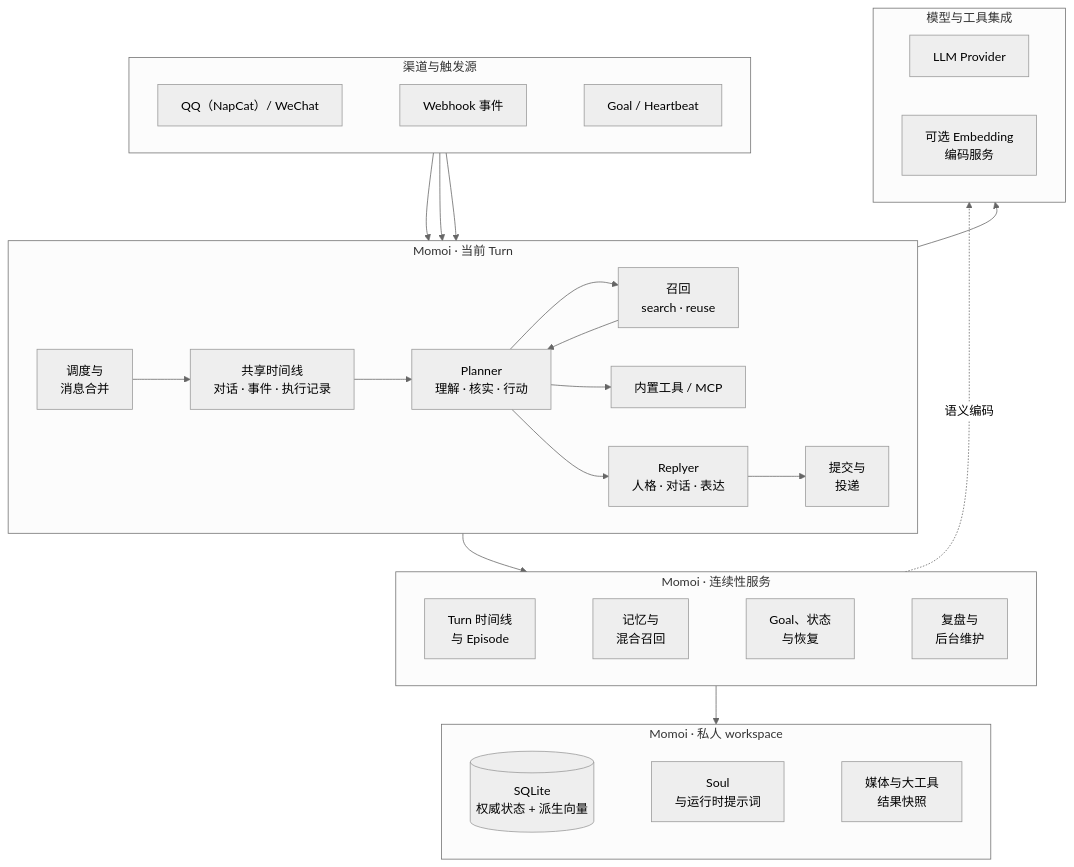
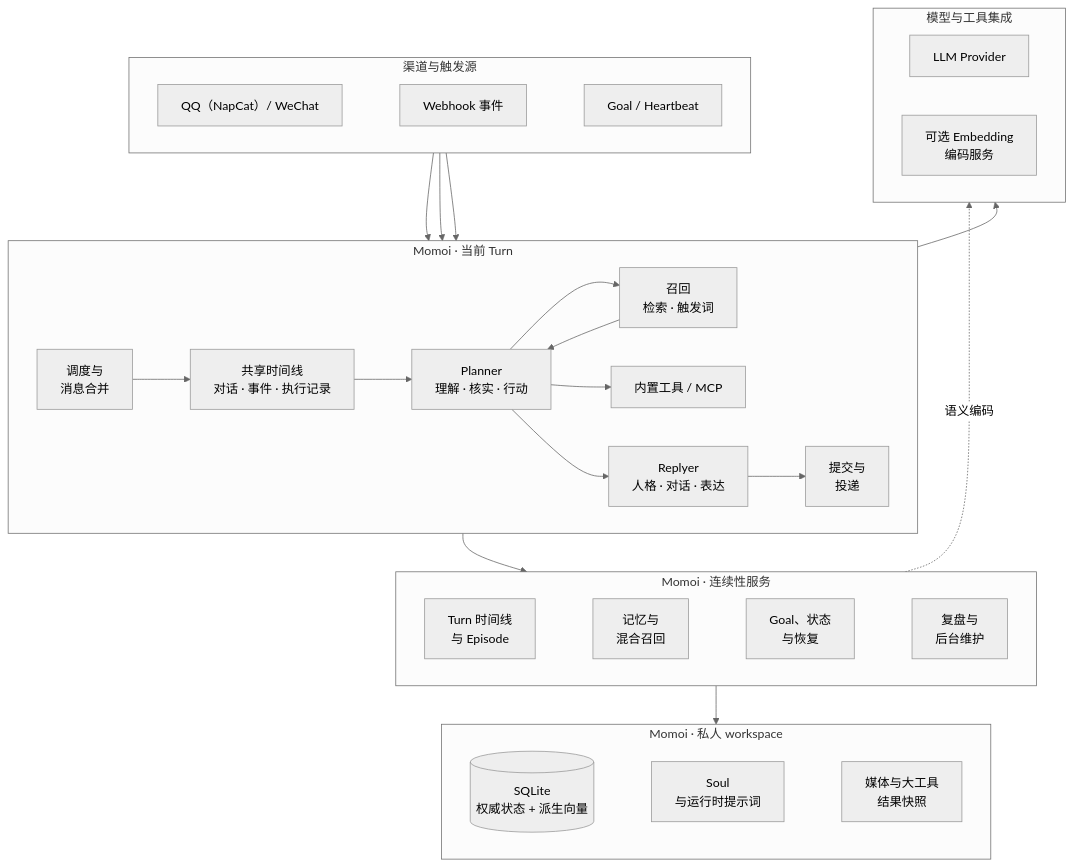
One commit to RicterZ/Momoi changed the diagram in README.zh-CN.md. Above: the diagram before and after it, drawn with Mermaid (neutral theme). The commit also changed other lines of this file and 1 other file, not shown here.

````diff
--- a/README.zh-CN.md
+++ b/README.zh-CN.md
@@ -37,57 +37,57 @@
 ```mermaid
 flowchart TB
   subgraph triggers["渠道与触发源"]
     direction LR
     chat["QQ（NapCat）/ WeChat"]
     webhook["Webhook 事件"]
     clock["Goal / Heartbeat"]
     chat ~~~ webhook ~~~ clock
   end
 
   subgraph active["Momoi · 当前 Turn"]
     direction LR
     intake["调度与<br/>消息合并"]
     transcript["共享时间线<br/>对话 · 事件 · 执行记录"]
-    context["召回<br/>search · reuse"]
+    context["召回<br/>检索 · 触发词"]
     agent["Planner<br/>理解 · 核实 · 行动"]
     replyer["Replyer<br/>人格 · 对话 · 表达"]
     delivery["提交与<br/>投递"]
     intake --> transcript --> agent
     agent --> context --> agent
     agent --> tools
     agent --> replyer --> delivery
   end
 
   subgraph continuity["Momoi · 连续性服务"]
     direction LR
     timeline["Turn 时间线<br/>与 Episode"]
     memory["记忆与<br/>混合召回"]
     time["Goal、状态<br/>与恢复"]
     upkeep["复盘与<br/>后台维护"]
     timeline ~~~ memory ~~~ time ~~~ upkeep
   end
 
   subgraph workspace["Momoi · 私人 workspace"]
     direction LR
     sqlite[("SQLite<br/>权威状态 + 派生向量")]
     prompts["Soul<br/>与运行时提示词"]
     files["媒体与大工具<br/>结果快照"]
     sqlite ~~~ prompts ~~~ files
   end
 
   subgraph external["模型与工具集成"]
     direction LR
     llm["LLM Provider"]
     tools["内置工具 / MCP"]
     embedding["可选 Embedding<br/>编码服务"]
     llm ~~~ tools ~~~ embedding
   end
 
   chat --> intake
   webhook --> intake
   clock --> intake
   active --> continuity
   continuity --> workspace
   active --> external
   continuity -. "语义编码" .-> external
 ```
````
